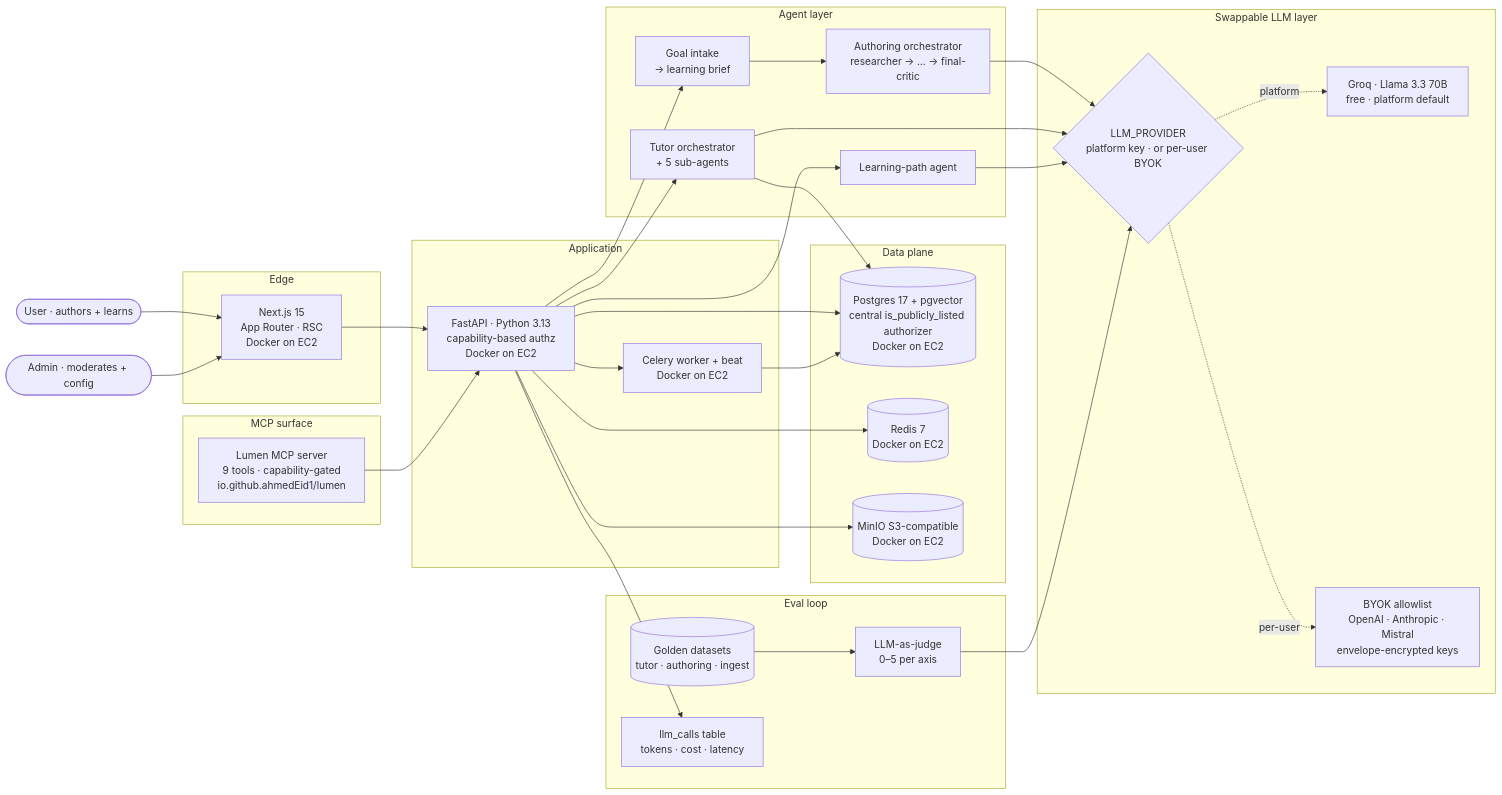
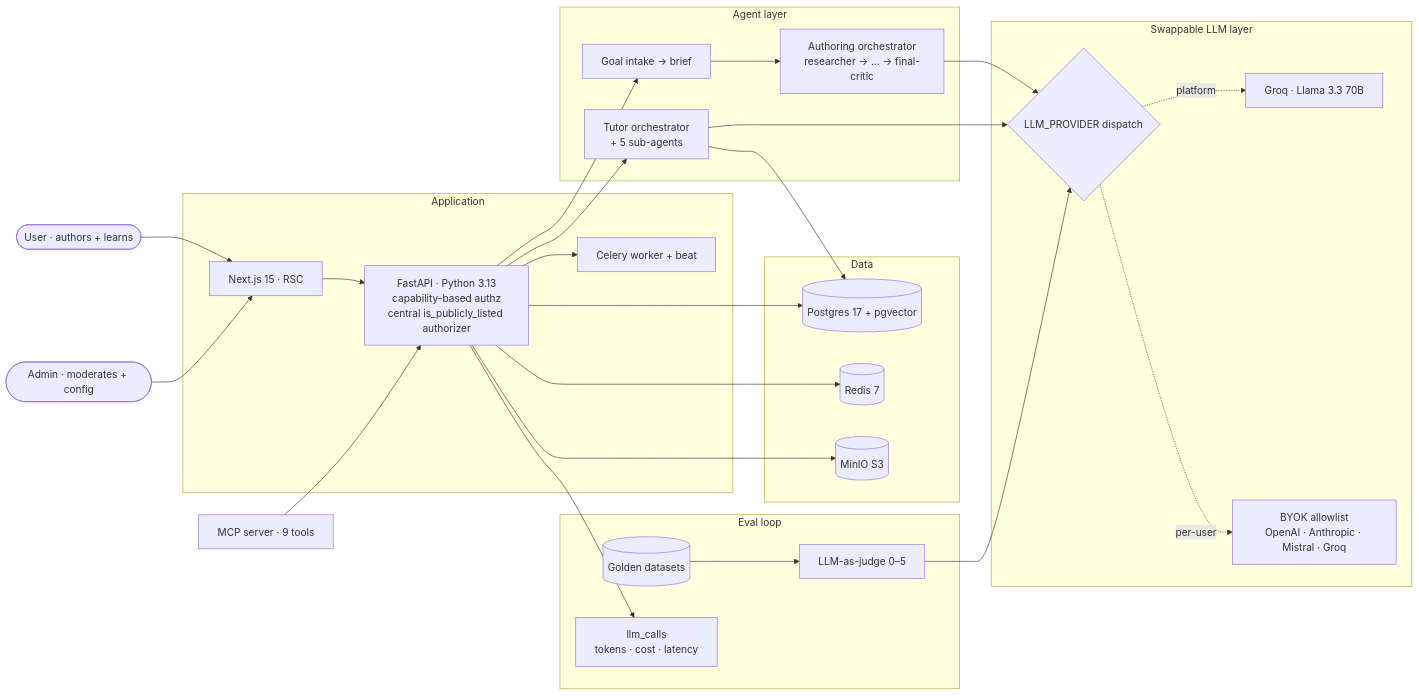
One commit to ahmedEid1/lumen changed the diagram in README.md. Above: the diagram before and after it, drawn with Mermaid. The commit also changed other lines of this file and 21 other files, not shown here.

````diff
--- a/README.md
+++ b/README.md
@@ -116,66 +124,47 @@
 ```mermaid
 flowchart LR
     user([User · authors + learns])
     admin([Admin · moderates + config])
 
-    subgraph Edge[Edge]
-      web[Next.js 15<br/>App Router · RSC<br/>Docker on EC2]
-    end
-
     subgraph App[Application]
-      api[FastAPI · Python 3.13<br/>capability-based authz<br/>Docker on EC2]
-      worker[Celery worker + beat<br/>Docker on EC2]
+      web[Next.js 15 · RSC]
+      api[FastAPI · Python 3.13<br/>capability-based authz<br/>central is_publicly_listed authorizer]
+      worker[Celery worker + beat]
     end
 
     subgraph Agents[Agent layer]
-      define[Goal intake<br/>→ learning brief]
+      define[Goal intake → brief]
       authoring[Authoring orchestrator<br/>researcher → … → final-critic]
       tutor[Tutor orchestrator<br/>+ 5 sub-agents]
-      pathagent[Learning-path agent]
     end
 
-    subgraph MCP[MCP surface]
-      mcp[Lumen MCP server<br/>9 tools · capability-gated<br/>io.github.ahmedEid1/lumen]
-    end
-
-    subgraph Data[Data plane]
-      pg[(Postgres 17 + pgvector<br/>central is_publicly_listed authorizer<br/>Docker on EC2)]
-      redis[(Redis 7<br/>Docker on EC2)]
-      s3[(MinIO S3-compatible<br/>Docker on EC2)]
+    subgraph Data[Data]
+      pg[(Postgres 17 + pgvector)]
+      redis[(Redis 7)]
+      s3[(MinIO S3)]
     end
 
     subgraph LLM[Swappable LLM layer]
-      provider{LLM_PROVIDER<br/>platform key · or per-user BYOK}
-      groq[Groq · Llama 3.3 70B<br/>free · platform default]
-      byok[BYOK allowlist<br/>OpenAI · Anthropic · Mistral<br/>envelope-encrypted keys]
+      provider{LLM_PROVIDER dispatch}
+      groq[Groq · Llama 3.3 70B]
+      byok[BYOK allowlist<br/>OpenAI · Anthropic · Mistral · Groq]
     end
 
     subgraph Eval[Eval loop]
-      golden[(Golden datasets<br/>tutor · authoring · ingest)]
-      judge[LLM-as-judge<br/>0–5 per axis]
-      meter[llm_calls table<br/>tokens · cost · latency]
+      golden[(Golden datasets)]
+      judge[LLM-as-judge 0–5]
+      meter[llm_calls<br/>tokens · cost · latency]
     end
 
-    user --> web
+    user --> web --> api --> pg
     admin --> web
-    web --> api
-    api --> pg
-    api --> redis
-    api --> s3
-    api --> worker
-    worker --> pg
-    api --> define
-    define --> authoring
-    api --> tutor
-    api --> pathagent
-    tutor --> pg
-    mcp --> api
-    authoring --> provider
-    tutor --> provider
-    pathagent --> provider
+    api --> redis & s3 & worker
+    api --> define --> authoring
+    api --> tutor --> pg
+    mcp[MCP server · 9 tools] --> api
+    authoring & tutor --> provider
     provider -.platform.-> groq
     provider -.per-user.-> byok
     api --> meter
-    golden --> judge
-    judge --> provider
+    golden --> judge --> provider
 ```
````
